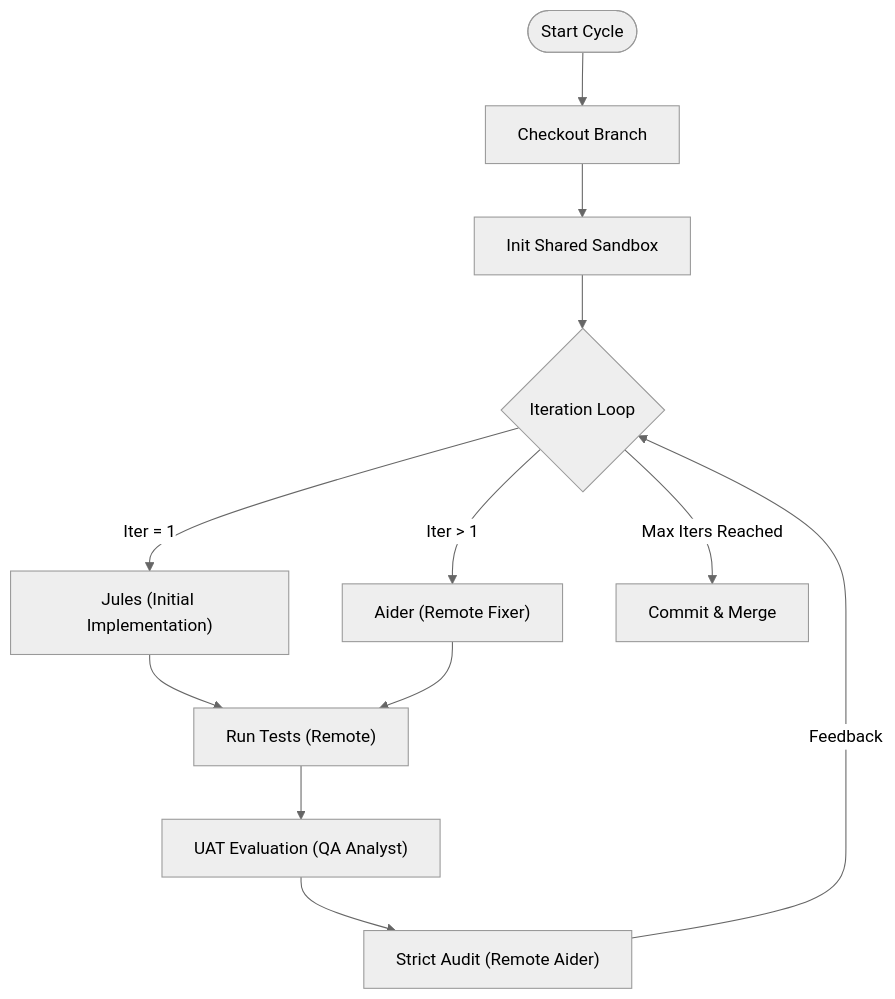
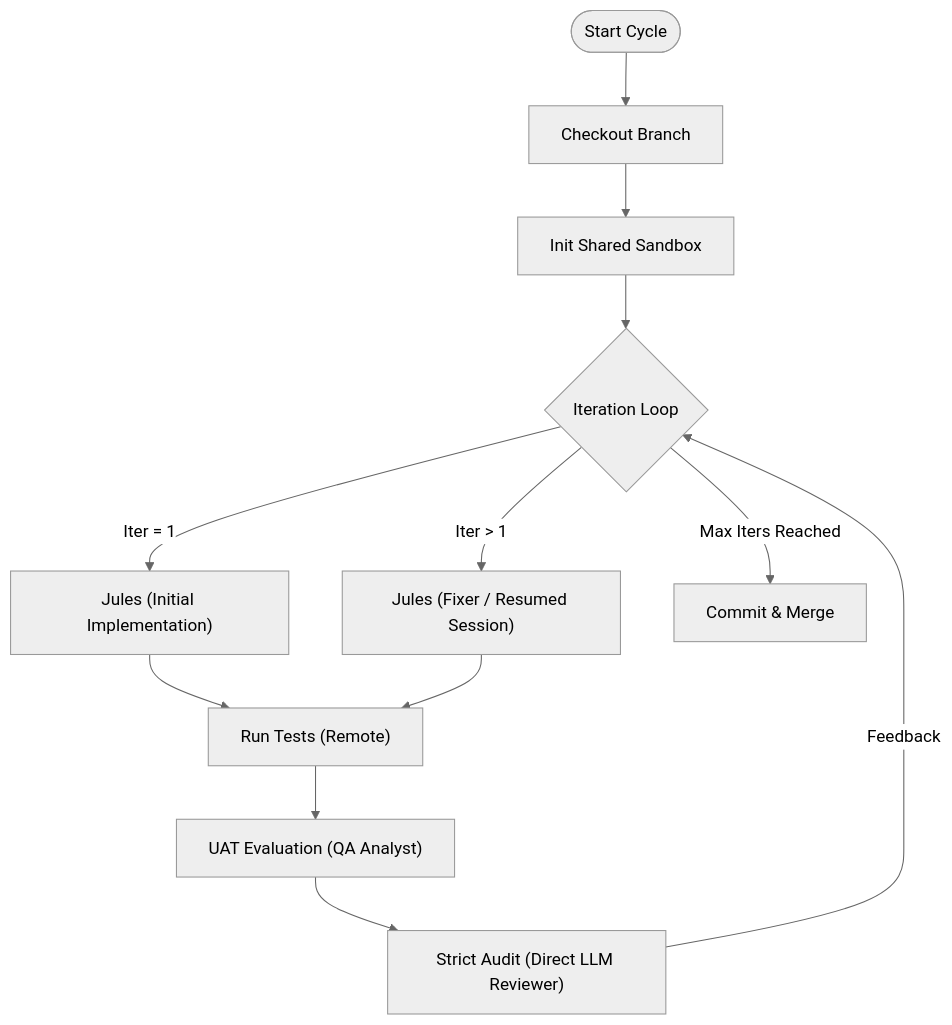
The diagram in dev_documents/DEV_FLOW.md (tsuyama1990/ac-cdd), drawn with Mermaid (neutral theme) before and after one commit. The commit also changed other lines of this file and 2 other files, not shown here.

Commit message:
docs: remove Aider references and update architecture to LLMReviewer+Jules

````diff
--- a/dev_documents/DEV_FLOW.md
+++ b/dev_documents/DEV_FLOW.md
@@ -36,19 +36,19 @@
 ```mermaid
 graph TD
     Start([Start Cycle]) --> Checkout[Checkout Branch]
     Checkout --> InitSandbox[Init Shared Sandbox]
     InitSandbox --> Loop{Iteration Loop}
 
     Loop -->|Iter = 1| Jules["Jules (Initial Implementation)"]
-    Loop -->|Iter > 1| AiderFix["Aider (Remote Fixer)"]
+    Loop -->|Iter > 1| JulesFix["Jules (Fixer / Resumed Session)"]
 
     Jules --> RunTests["Run Tests (Remote)"]
-    AiderFix --> RunTests
+    JulesFix --> RunTests
 
     RunTests --> UATEval["UAT Evaluation (QA Analyst)"]
-    UATEval --> StrictAudit["Strict Audit (Remote Aider)"]
+    UATEval --> StrictAudit["Strict Audit (Direct LLM Reviewer)"]
 
     StrictAudit -->|Feedback| Loop
 
     Loop -->|Max Iters Reached| Merge[Commit & Merge]
 ```
````
